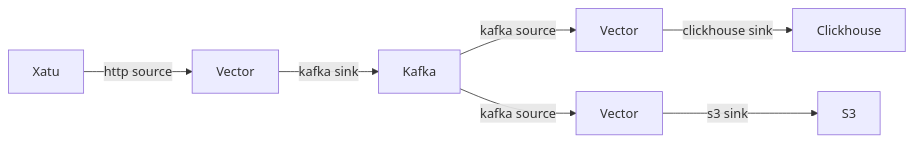
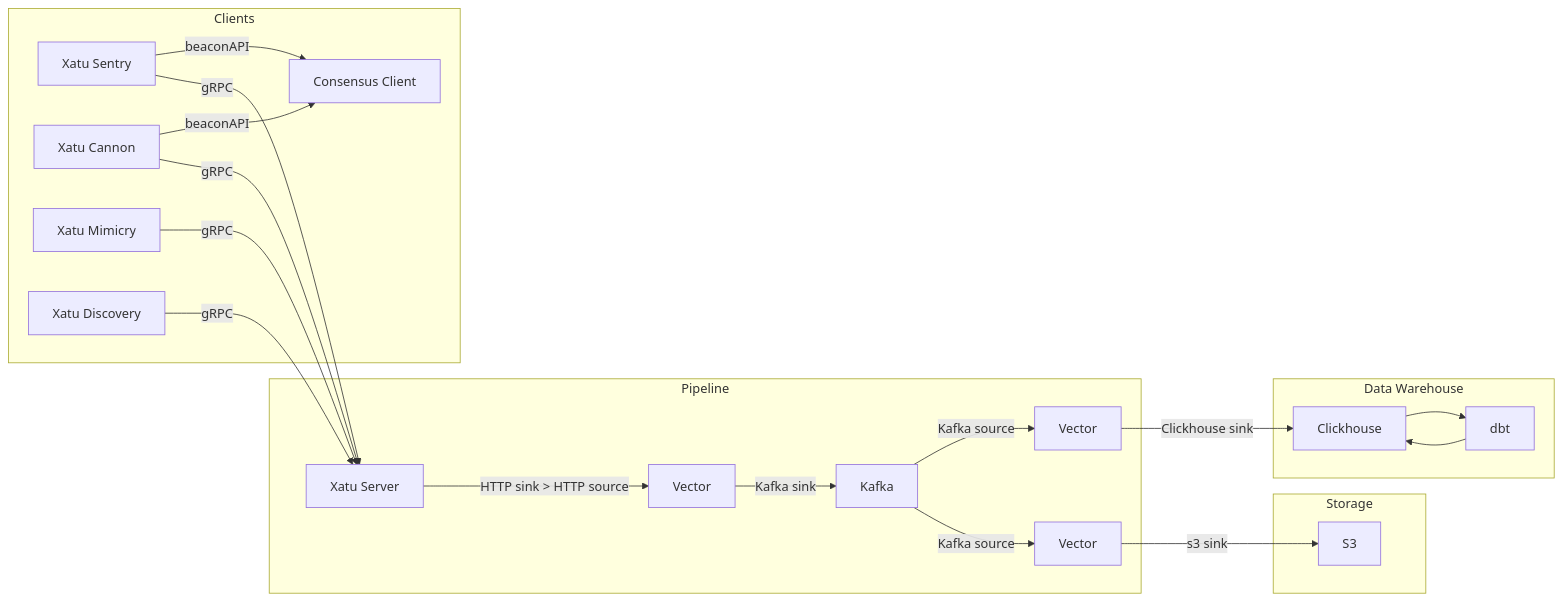
One commit to ethpandaops/analytics-pipeline changed the diagram in README.md. Above: the diagram before and after it, drawn with Mermaid. The commit also changed other lines of this file and 25 other files, not shown here.

Commit message:
chore: add xatu clients

````diff
--- a/README.md
+++ b/README.md
@@ -7,9 +7,25 @@
 ```mermaid
 graph LR
-    Xatu -->|http source| Vector1[Vector]
-    Vector1 -->|kafka sink| Kafka
-    Kafka -->|kafka source| Vector2[Vector]
-    Vector2 -->|clickhouse sink| Clickhouse[Clickhouse]
-    Kafka -->|kafka source| Vector3[Vector]
-    Vector3 -->|s3 sink| S3
+    subgraph Pipeline
+        XatuServer -->|HTTP sink > HTTP source| Vector1[Vector]
+        Vector1 -->|Kafka sink| Kafka
+        Kafka -->|Kafka source| Vector2[Vector]
+        Kafka -->|Kafka source| Vector3[Vector]
+    end
+    subgraph Data Warehouse
+        Vector2 -->|Clickhouse sink| Clickhouse[Clickhouse]
+        Clickhouse --> dbt[dbt]
+        dbt --> Clickhouse
+    end
+    subgraph Storage
+        Vector3 -->|s3 sink| S3
+    end
+    subgraph Clients
+        XatuSentry[Xatu Sentry] -->|beaconAPI| ConsensusClient[Consensus Client]
+        XatuCannon[Xatu Cannon] -->|beaconAPI| ConsensusClient
+        XatuSentry -->|gRPC| XatuServer[Xatu Server]
+        XatuMimicry[Xatu Mimicry] -->|gRPC| XatuServer
+        XatuCannon -->|gRPC| XatuServer
+        XatuDiscovery[Xatu Discovery] -->|gRPC| XatuServer
+    end
 ```
````
